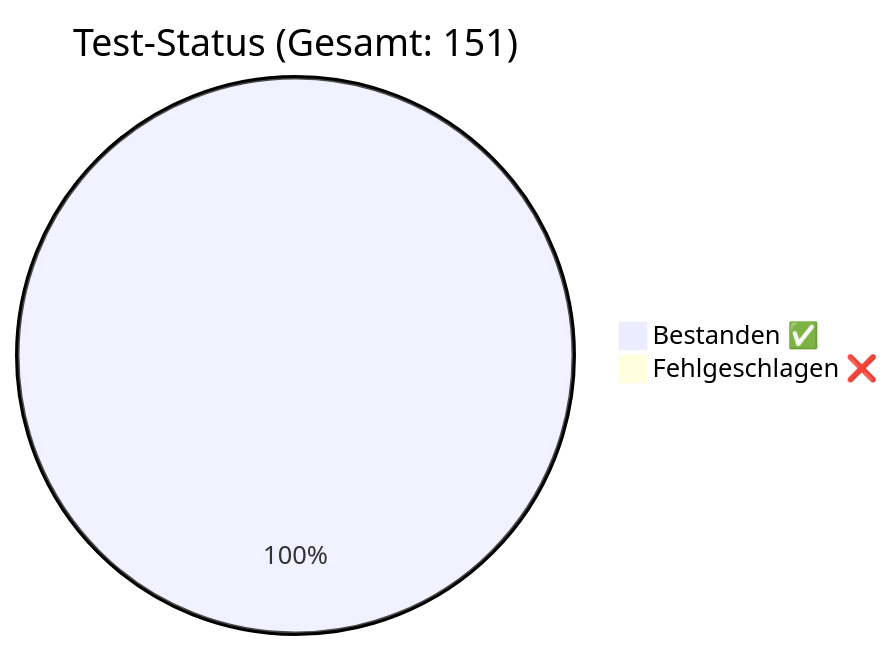
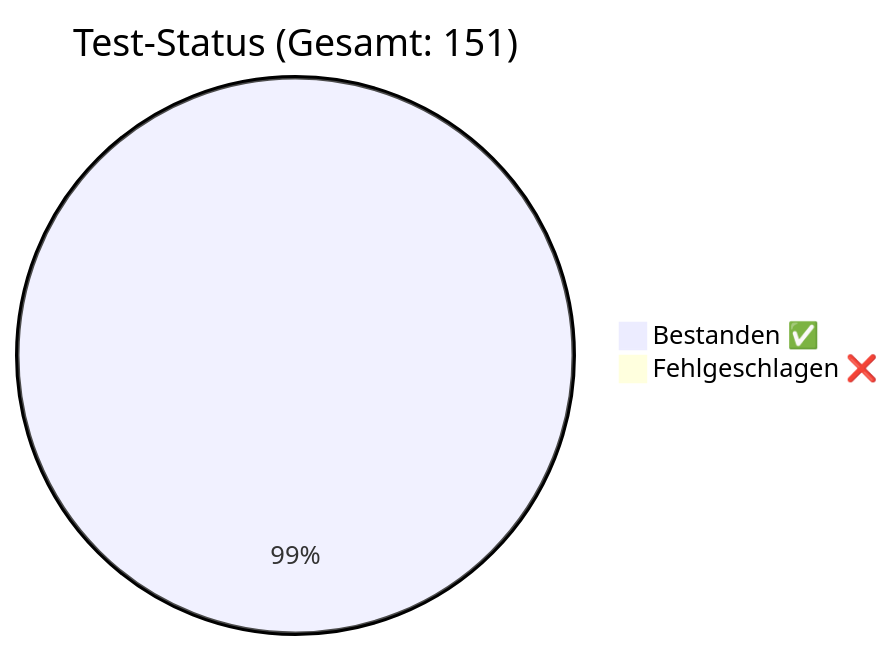
Before and after one commit to rorila/GCS: the diagram in docs/QA_Report.md, drawn with Mermaid. The commit also changed other lines of this file and 4 other files, not shown here.

````diff
--- a/docs/QA_Report.md
+++ b/docs/QA_Report.md
@@ -7,5 +7,5 @@
 ```mermaid
 pie title Test-Status (Gesamt: 151)
-    "Bestanden ✅" : 151
-    "Fehlgeschlagen ❌" : 0
+    "Bestanden ✅" : 150
+    "Fehlgeschlagen ❌" : 1
 ```
````
